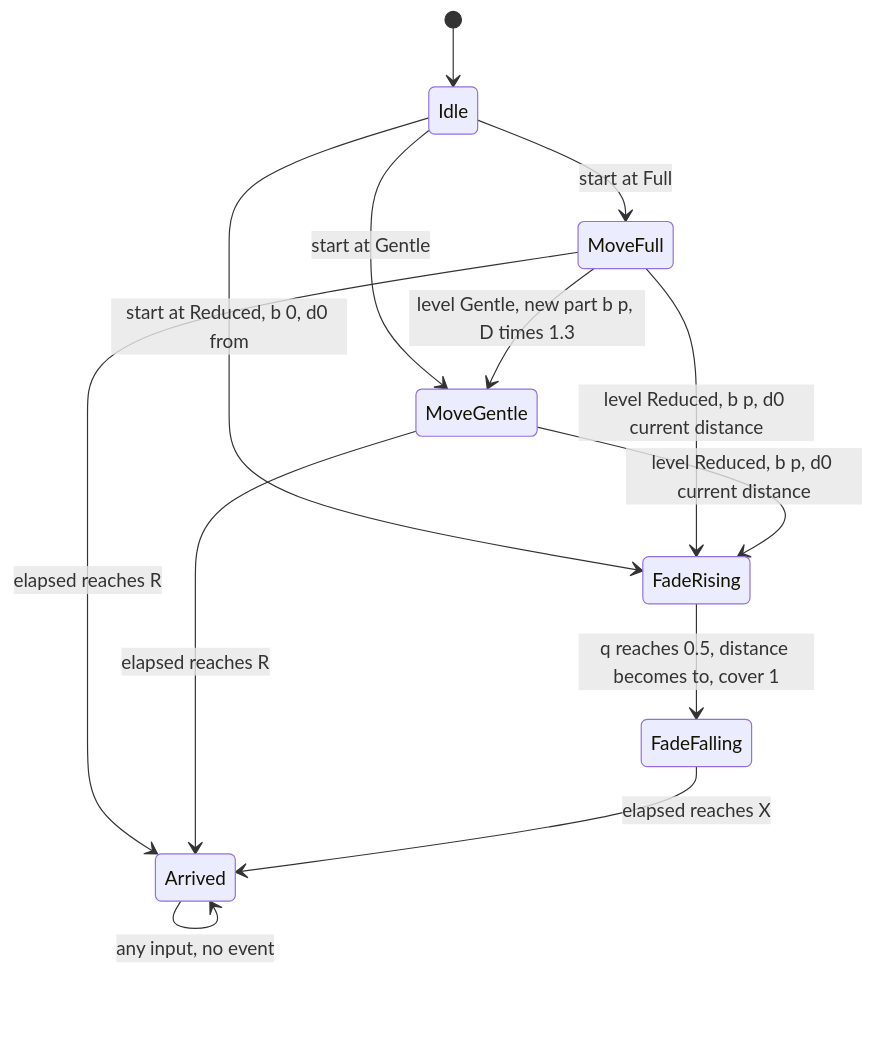
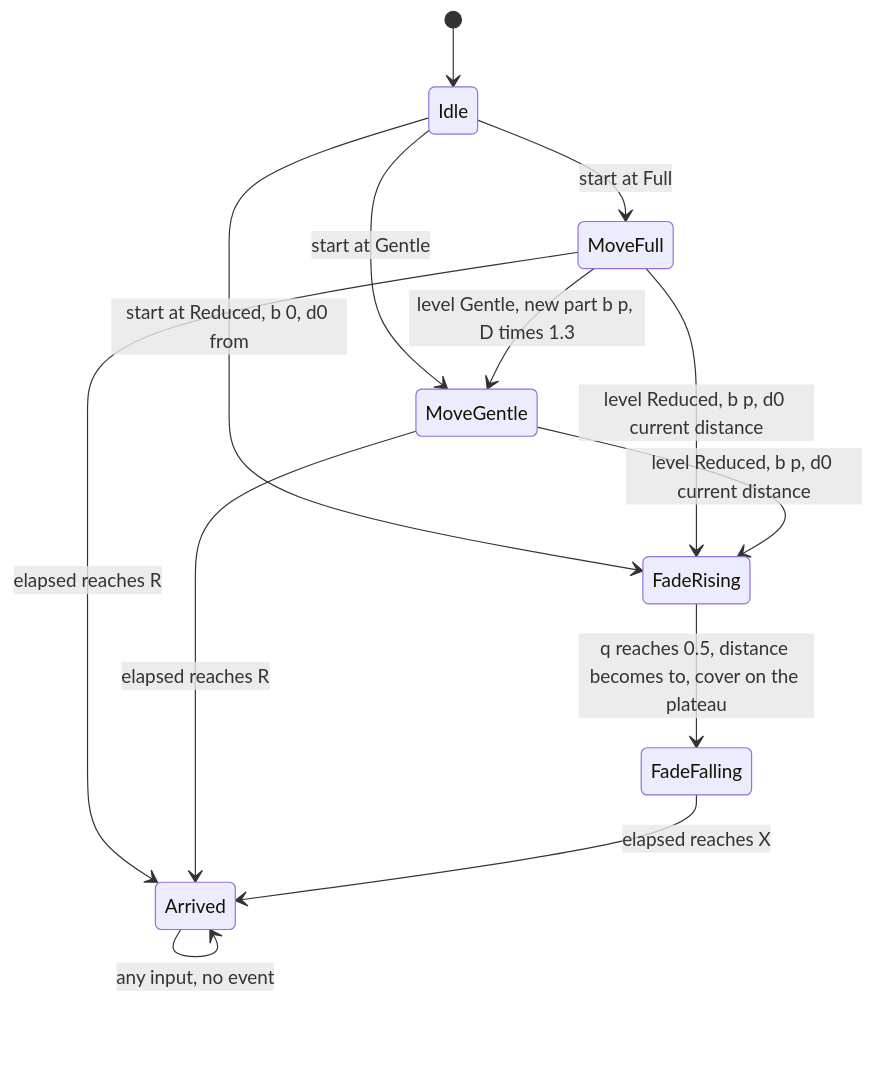
Before and after one commit to StavrosKa/marrow-garden-of-echoes: the first of 2 diagrams in .kiro/specs/world-view/design.md, drawn with Mermaid. The commit also changed other lines of this file and 9 other files, not shown here.

````diff
--- a/.kiro/specs/world-view/design.md
+++ b/.kiro/specs/world-view/design.md
@@ -295,15 +295,15 @@
 ```mermaid
 stateDiagram-v2
     [*] --> Idle
     Idle --> MoveFull: start at Full
     Idle --> MoveGentle: start at Gentle
     Idle --> FadeRising: start at Reduced, b 0, d0 from
     MoveFull --> MoveGentle: level Gentle, new part b p, D times 1.3
     MoveFull --> FadeRising: level Reduced, b p, d0 current distance
     MoveGentle --> FadeRising: level Reduced, b p, d0 current distance
     MoveFull --> Arrived: elapsed reaches R
     MoveGentle --> Arrived: elapsed reaches R
-    FadeRising --> FadeFalling: q reaches 0.5, distance becomes to, cover 1
+    FadeRising --> FadeFalling: q reaches 0.5, distance becomes to, cover on the plateau
     FadeFalling --> Arrived: elapsed reaches X
     Arrived --> Arrived: any input, no event
 ```
````
